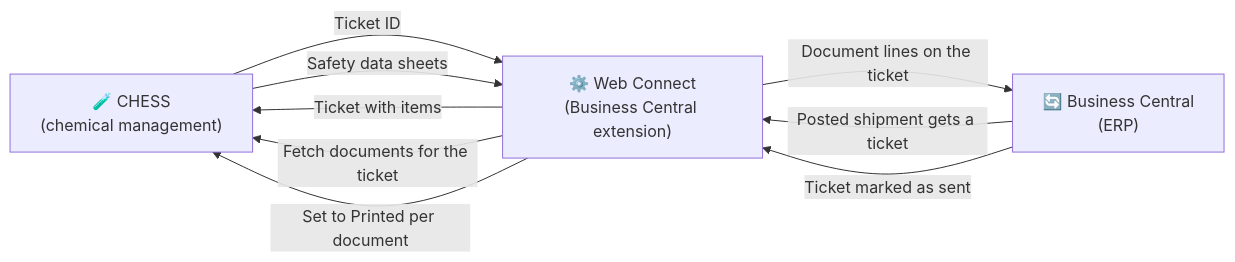
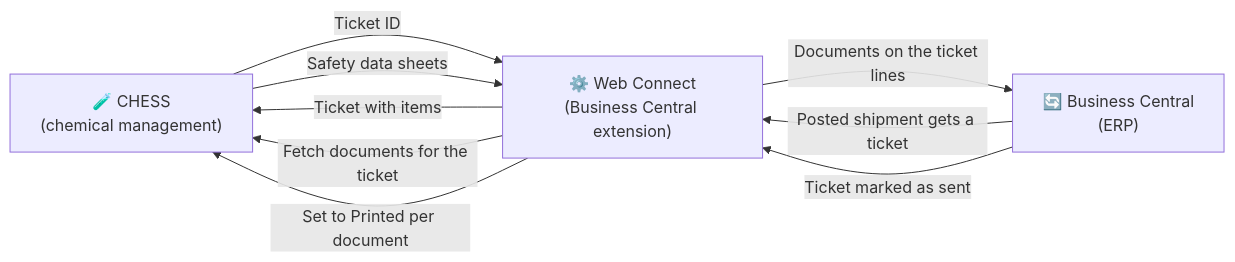
One commit to Combine-IT-ab/docs-general changed the first of 4 diagrams in docs/products/web-connect/integrations/chess/overview.md. Above: the diagram before and after it, drawn with Mermaid. The commit also changed other lines of this file and 3 other files, not shown here.

````diff
--- a/docs/products/web-connect/integrations/chess/overview.md
+++ b/docs/products/web-connect/integrations/chess/overview.md
@@ -65,15 +65,15 @@
 ```mermaid
 graph LR
     A["🧪 CHESS<br/>(chemical management)"]
     B["⚙️ Web Connect<br/>(Business Central extension)"]
     C["🔄 Business Central<br/>(ERP)"]
 
     C -->|Posted shipment gets a ticket| B
     B -->|Ticket with items| A
     A -->|Ticket ID| B
     B -->|Fetch documents for the ticket| A
     A -->|Safety data sheets| B
-    B -->|Document lines on the ticket| C
+    B -->|Documents on the ticket lines| C
     C -->|Ticket marked as sent| B
     B -->|Set to Printed per document| A
 ```
````
